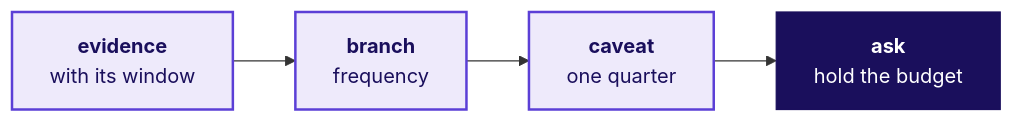
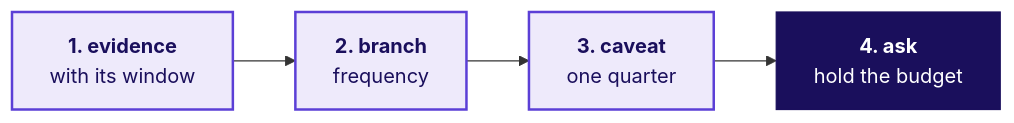
Before and after one commit to fde-academy-lab/c2-content-factory: the tenth of 20 diagrams in content/W01/D1/slides/C2_W01_D01_half2_STUDENT.md, drawn with Mermaid. The commit also changed other lines of this file and 22 other files, not shown here.

````diff
--- a/content/W01/D1/slides/C2_W01_D01_half2_STUDENT.md
+++ b/content/W01/D1/slides/C2_W01_D01_half2_STUDENT.md
@@ -273,8 +546,8 @@
 ```mermaid
 flowchart LR
-    A["<b>evidence</b><br/>with its window"] --> B["<b>branch</b><br/>frequency"] --> C["<b>caveat</b><br/>one quarter"] --> D["<b>ask</b><br/>hold the budget"]
+    E["<b>1. evidence</b><br/>with its window"] --> B["<b>2. branch</b><br/>frequency"] --> C["<b>3. caveat</b><br/>one quarter"] --> A["<b>4. ask</b><br/>hold the budget"]
     classDef known fill:#EEEAFB,stroke:#5B3FD6,color:#1A0F5C,stroke-width:2px
     classDef bet fill:#1A0F5C,stroke:#1A0F5C,color:#FFFFFF
-    class A,B,C known
-    class D bet
+    class E,B,C known
+    class A bet
 ```
````
